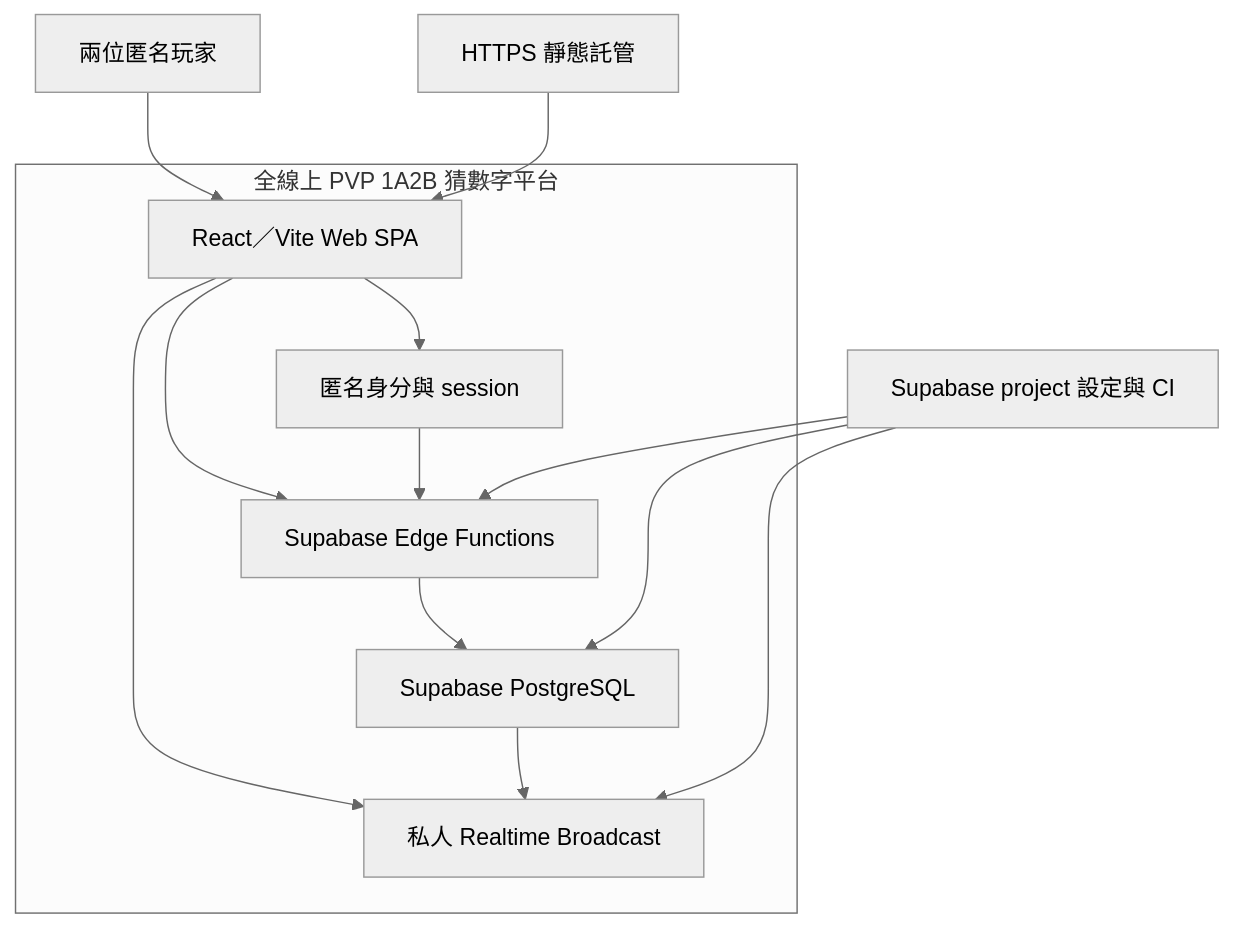
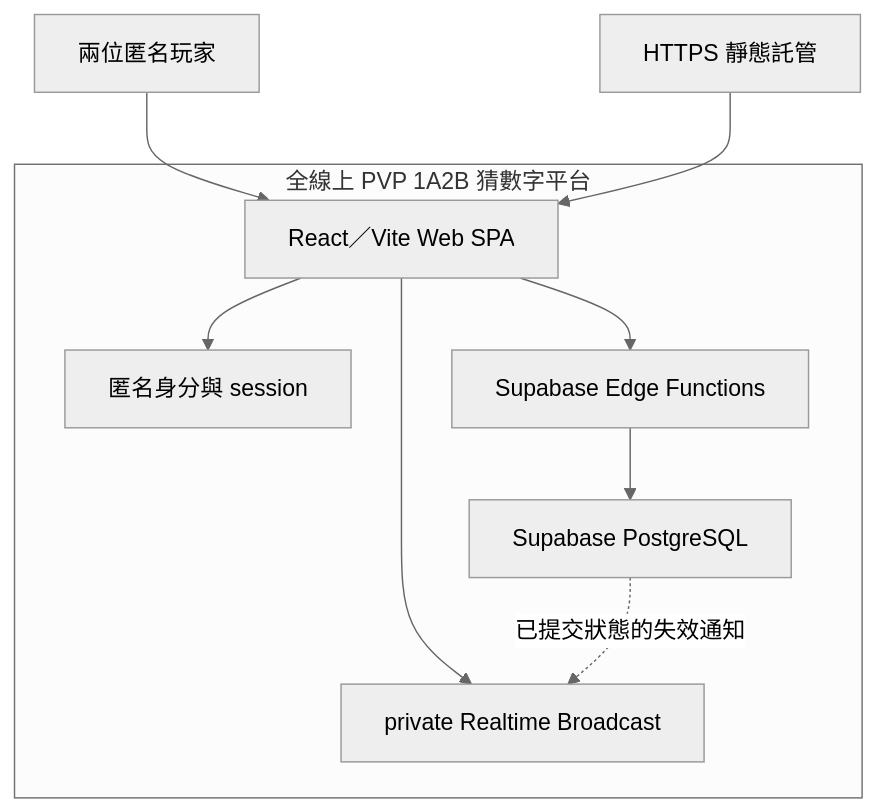
One commit to ba1679/ai-bdd-skills changed the diagram in .agents/skills/system-analysis/templates/plan.example.md. Above: the diagram before and after it, drawn with Mermaid (neutral theme). The commit also changed other lines of this file and 6 other files, not shown here.

Commit message:
Refactor system analysis plan template: streamline sections, update diagrams, and clarify roles and responsibilities

````diff
--- a/.agents/skills/system-analysis/templates/plan.example.md
+++ b/.agents/skills/system-analysis/templates/plan.example.md
@@ -7,16 +9,12 @@
 ```mermaid
 flowchart TB
     PLAYERS["兩位匿名玩家"] --> WEB
+    HOST["HTTPS 靜態託管"] --> WEB
     subgraph SYS["全線上 PVP 1A2B 猜數字平台"]
         WEB["React／Vite Web SPA"] --> AUTH["匿名身分與 session"]
         WEB --> FUNCTIONS["Supabase Edge Functions"]
-        WEB --> REALTIME["私人 Realtime Broadcast"]
+        WEB --> REALTIME["private Realtime Broadcast"]
         FUNCTIONS --> DB["Supabase PostgreSQL"]
-        DB --> REALTIME
+        DB -.->|"已提交狀態的失效通知"| REALTIME
     end
-    AUTH --> FUNCTIONS
-    HOST["HTTPS 靜態託管"] --> WEB
-    OPS["Supabase project 設定與 CI"] --> FUNCTIONS
-    OPS --> DB
-    OPS --> REALTIME
 ```
````
